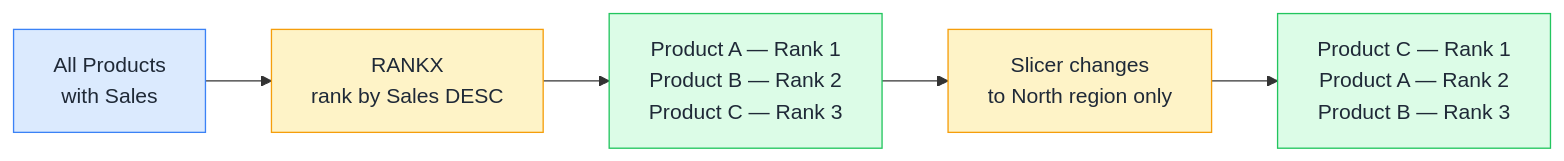
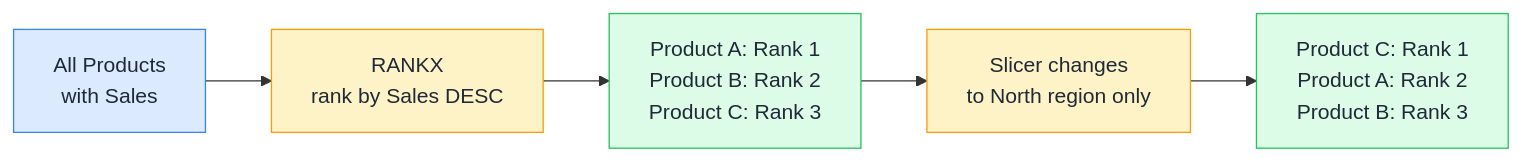
Before and after one commit to behnia137/dax-visual: the diagram in patterns/rankx.md, drawn with Mermaid. The commit also changed other lines of this file and 20 other files, not shown here.

````diff
--- a/patterns/rankx.md
+++ b/patterns/rankx.md
@@ -7,12 +7,12 @@
 ```mermaid
 flowchart LR
     A[All Products\nwith Sales] --> B[RANKX\nrank by Sales DESC]
-    B --> C[Product A — Rank 1\nProduct B — Rank 2\nProduct C — Rank 3]
+    B --> C[Product A: Rank 1\nProduct B: Rank 2\nProduct C: Rank 3]
     C --> D[Slicer changes\nto North region only]
-    D --> E[Product C — Rank 1\nProduct A — Rank 2\nProduct B — Rank 3]
+    D --> E[Product C: Rank 1\nProduct A: Rank 2\nProduct B: Rank 3]
     style A fill:#dbeafe,stroke:#3b82f6,color:#1f2937
     style B fill:#fef3c7,stroke:#f59e0b,color:#1f2937
     style C fill:#dcfce7,stroke:#22c55e,color:#1f2937
     style D fill:#fef3c7,stroke:#f59e0b,color:#1f2937
     style E fill:#dcfce7,stroke:#22c55e,color:#1f2937
 ```
````
